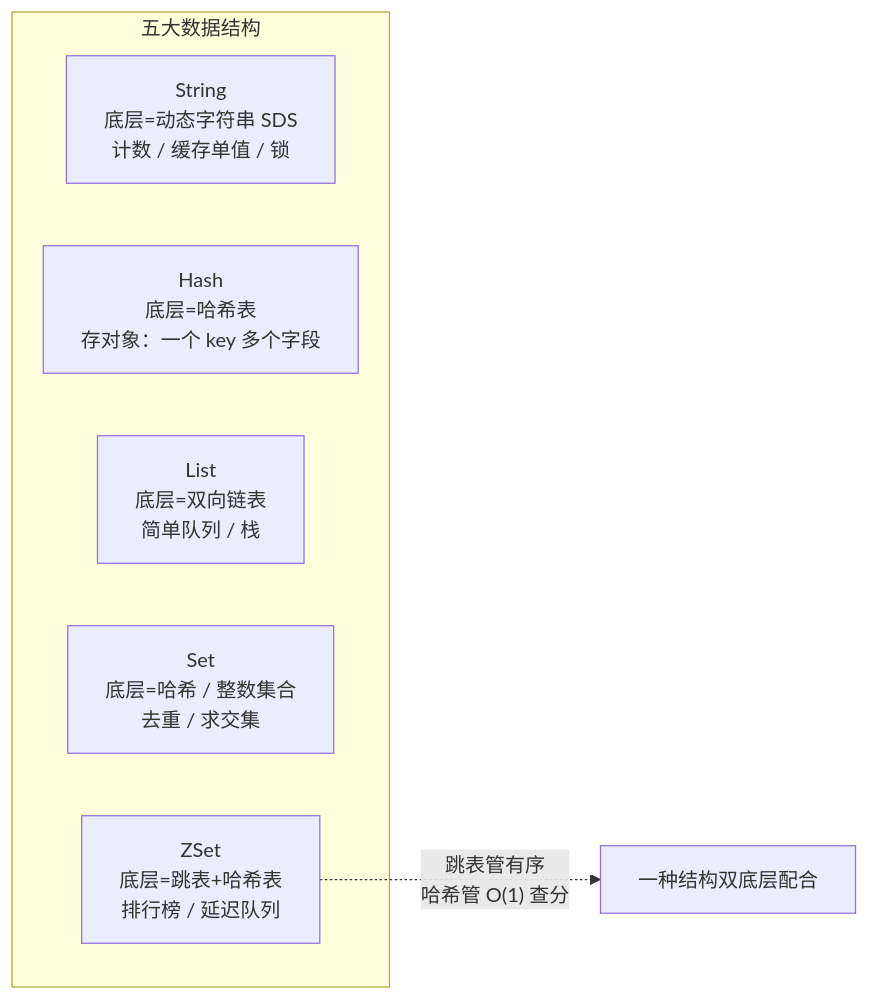
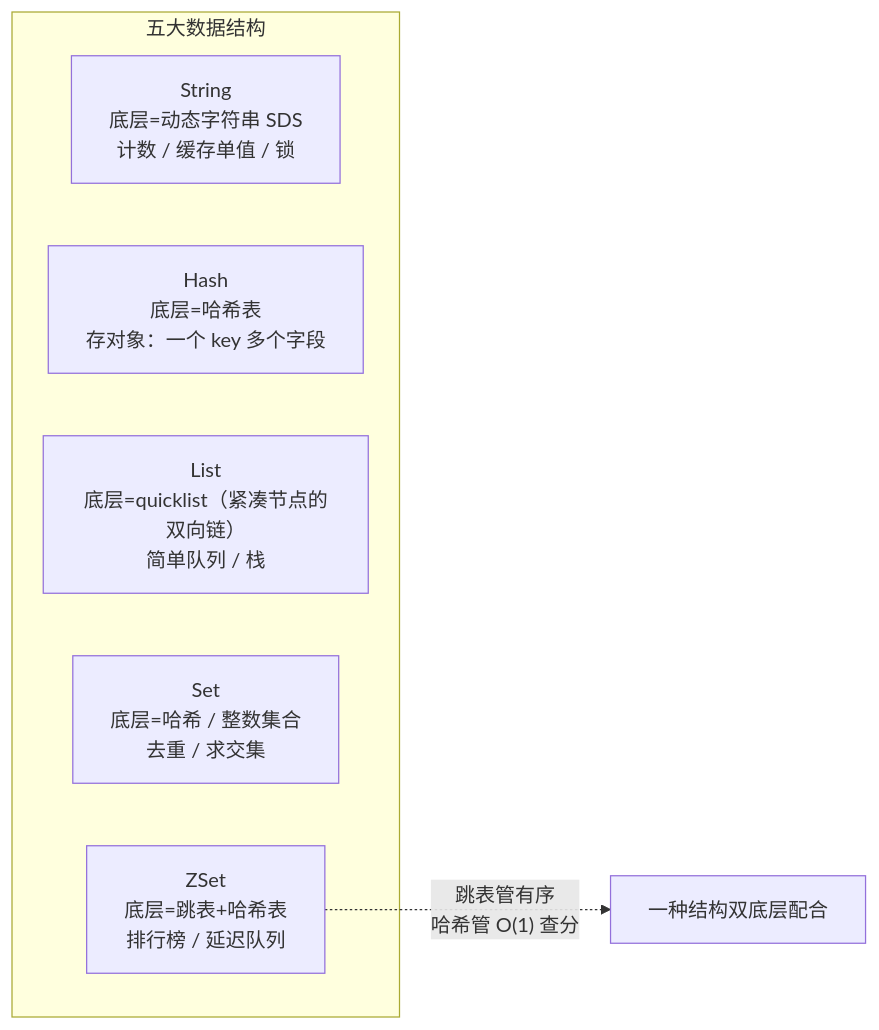
The first of 6 diagrams in docs/08-阶段八-数据库专家/01-Redis.md (CrazyForks/java-full-stack), drawn with Mermaid before and after one commit. The commit also changed other lines of this file and 58 other files, not shown here.

````diff
--- a/docs/08-阶段八-数据库专家/01-Redis.md
+++ b/docs/08-阶段八-数据库专家/01-Redis.md
@@ -62,11 +62,11 @@
 ```mermaid
 flowchart LR
     subgraph 五大数据结构
         String["String<br/>底层=动态字符串 SDS<br/>计数 / 缓存单值 / 锁"]
         Hash["Hash<br/>底层=哈希表<br/>存对象：一个 key 多个字段"]
-        List["List<br/>底层=双向链表<br/>简单队列 / 栈"]
+        List["List<br/>底层=quicklist（紧凑节点的双向链）<br/>简单队列 / 栈"]
         Set["Set<br/>底层=哈希 / 整数集合<br/>去重 / 求交集"]
         ZSet["ZSet<br/>底层=跳表+哈希表<br/>排行榜 / 延迟队列"]
     end
     ZSet -. "跳表管有序<br/>哈希管 O(1) 查分" .-> 小总结["一种结构双底层配合"]
 ```
````
